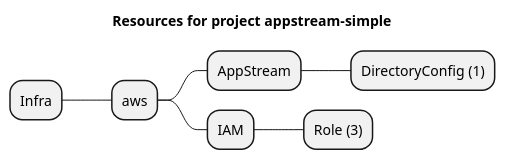
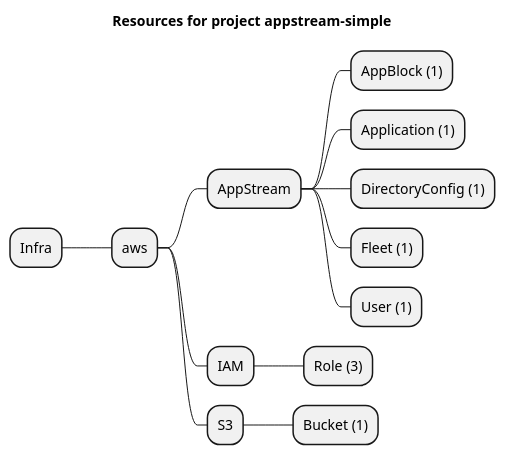
Before and after one commit to grucloud/grucloud: the diagram in examples/aws/AppStream/appstream-simple/artifacts/resources-mindmap.puml, drawn with PlantUML. The commit also changed 12 other files, not shown here.

```diff
--- a/examples/aws/AppStream/appstream-simple/artifacts/resources-mindmap.puml
+++ b/examples/aws/AppStream/appstream-simple/artifacts/resources-mindmap.puml
@@ -1,10 +1,16 @@
 @startmindmap
 title Resources for project appstream-simple
 skinparam monochrome true
 + Infra
 ++ aws
 +++ AppStream
+++++ AppBlock (1)
+++++ Application (1)
 ++++ DirectoryConfig (1)
+++++ Fleet (1)
+++++ User (1)
 +++ IAM
 ++++ Role (3)
++++ S3
+++++ Bucket (1)
 @endmindmap
```
